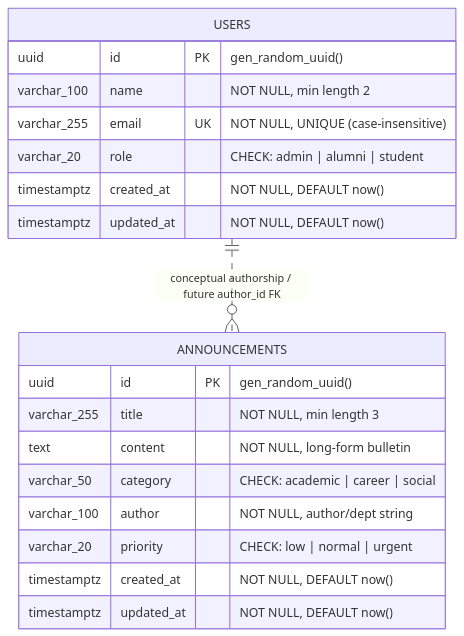
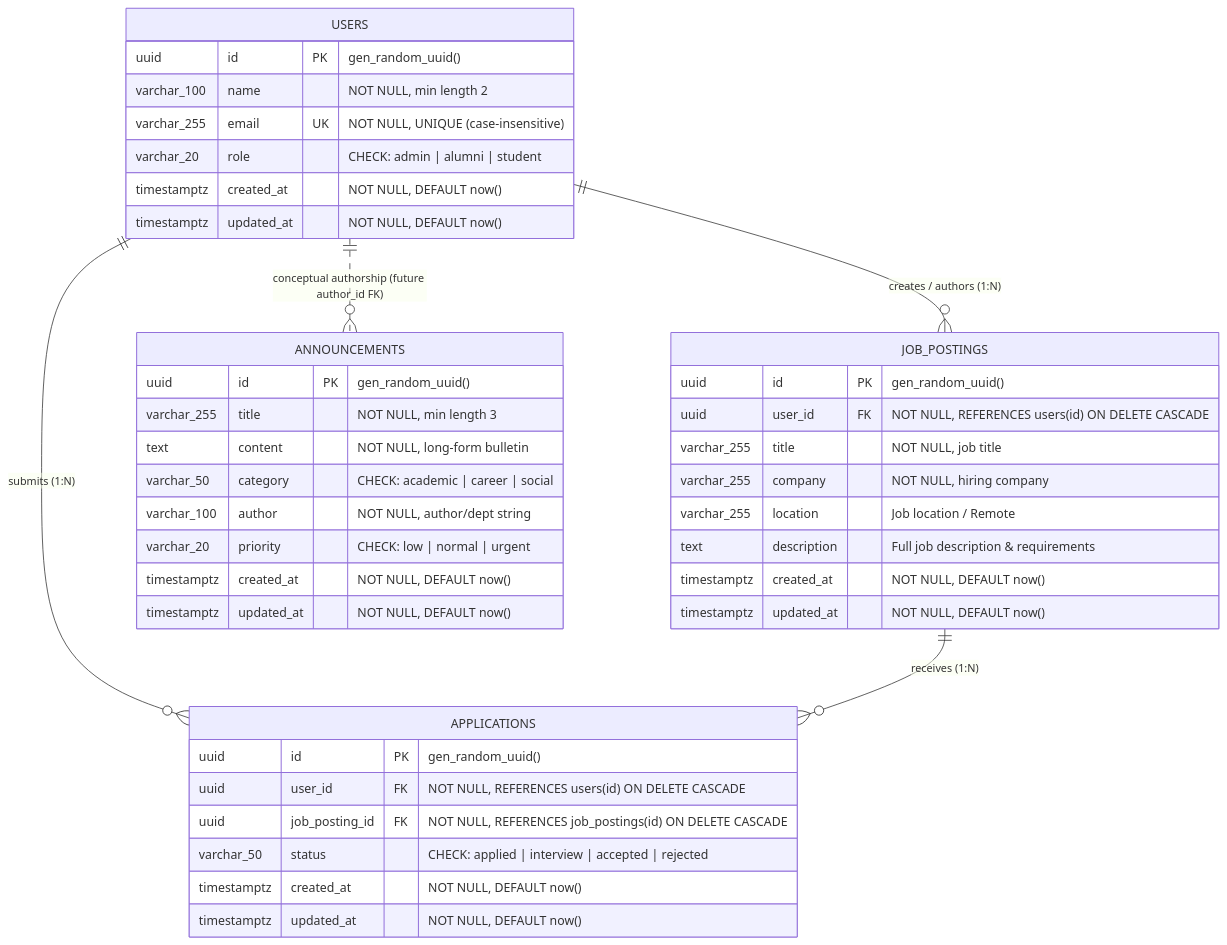
One commit to tonayculha/alumni_tracking_system-tonay_culha changed the diagram in ddd.md. Above: the diagram before and after it, drawn with Mermaid. The commit also changed other lines of this file and 17 other files, not shown here.

Commit message:
feat(in-class): implement job postings and applications relational schema, nested routes, and seeding

````diff
--- a/ddd.md
+++ b/ddd.md
@@ -227,24 +355,47 @@
 ```mermaid
 erDiagram
+    USERS ||--o{ JOB_POSTINGS : "creates / authors (1:N)"
+    USERS ||--o{ APPLICATIONS : "submits (1:N)"
+    JOB_POSTINGS ||--o{ APPLICATIONS : "receives (1:N)"
+    USERS ||..o{ ANNOUNCEMENTS : "conceptual authorship (future author_id FK)"
+
     USERS {
         uuid id PK "gen_random_uuid()"
         varchar_100 name "NOT NULL, min length 2"
         varchar_255 email UK "NOT NULL, UNIQUE (case-insensitive)"
         varchar_20 role "CHECK: admin | alumni | student"
+        timestamptz created_at "NOT NULL, DEFAULT now()"
+        timestamptz updated_at "NOT NULL, DEFAULT now()"
+    }
+
+    JOB_POSTINGS {
+        uuid id PK "gen_random_uuid()"
+        uuid user_id FK "NOT NULL, REFERENCES users(id) ON DELETE CASCADE"
+        varchar_255 title "NOT NULL, job title"
+        varchar_255 company "NOT NULL, hiring company"
+        varchar_255 location "Job location / Remote"
+        text description "Full job description & requirements"
+        timestamptz created_at "NOT NULL, DEFAULT now()"
+        timestamptz updated_at "NOT NULL, DEFAULT now()"
+    }
+
+    APPLICATIONS {
+        uuid id PK "gen_random_uuid()"
+        uuid user_id FK "NOT NULL, REFERENCES users(id) ON DELETE CASCADE"
+        uuid job_posting_id FK "NOT NULL, REFERENCES job_postings(id) ON DELETE CASCADE"
+        varchar_50 status "CHECK: applied | interview | accepted | rejected"
         timestamptz created_at "NOT NULL, DEFAULT now()"
         timestamptz updated_at "NOT NULL, DEFAULT now()"
     }
 
     ANNOUNCEMENTS {
         uuid id PK "gen_random_uuid()"
         varchar_255 title "NOT NULL, min length 3"
         text content "NOT NULL, long-form bulletin"
         varchar_50 category "CHECK: academic | career | social"
         varchar_100 author "NOT NULL, author/dept string"
         varchar_20 priority "CHECK: low | normal | urgent"
         timestamptz created_at "NOT NULL, DEFAULT now()"
         timestamptz updated_at "NOT NULL, DEFAULT now()"
     }
-
-    USERS ||..o{ ANNOUNCEMENTS : "conceptual authorship / future author_id FK"
 ```
````
